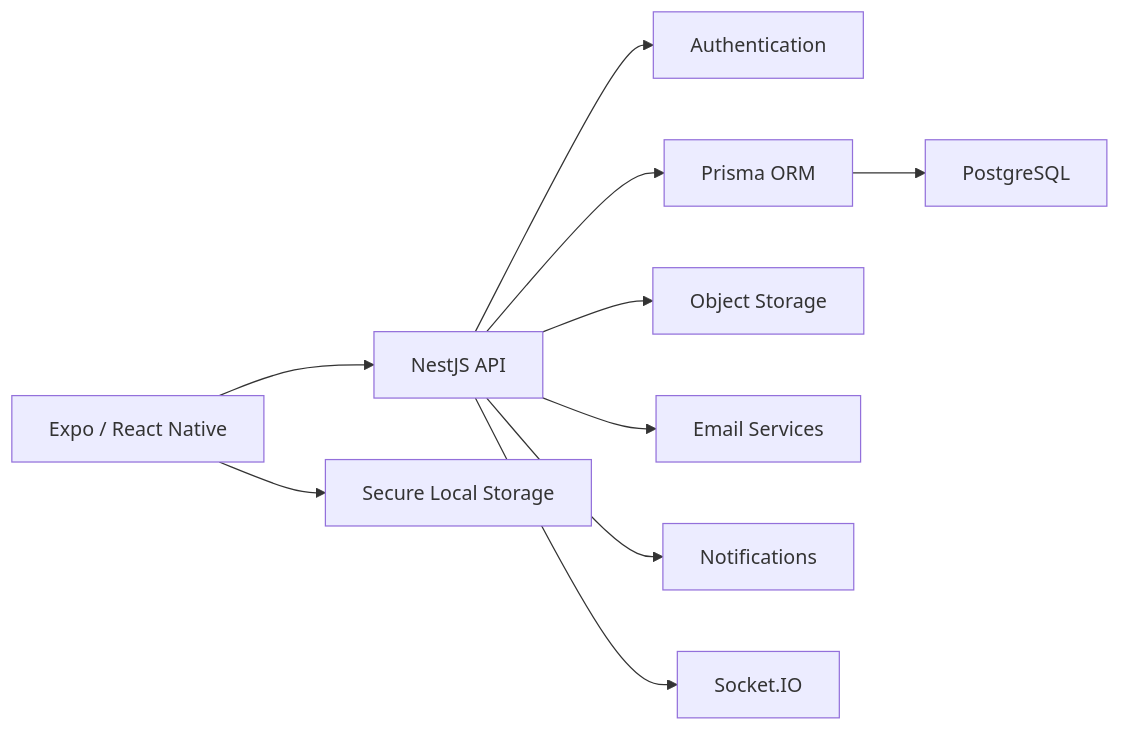
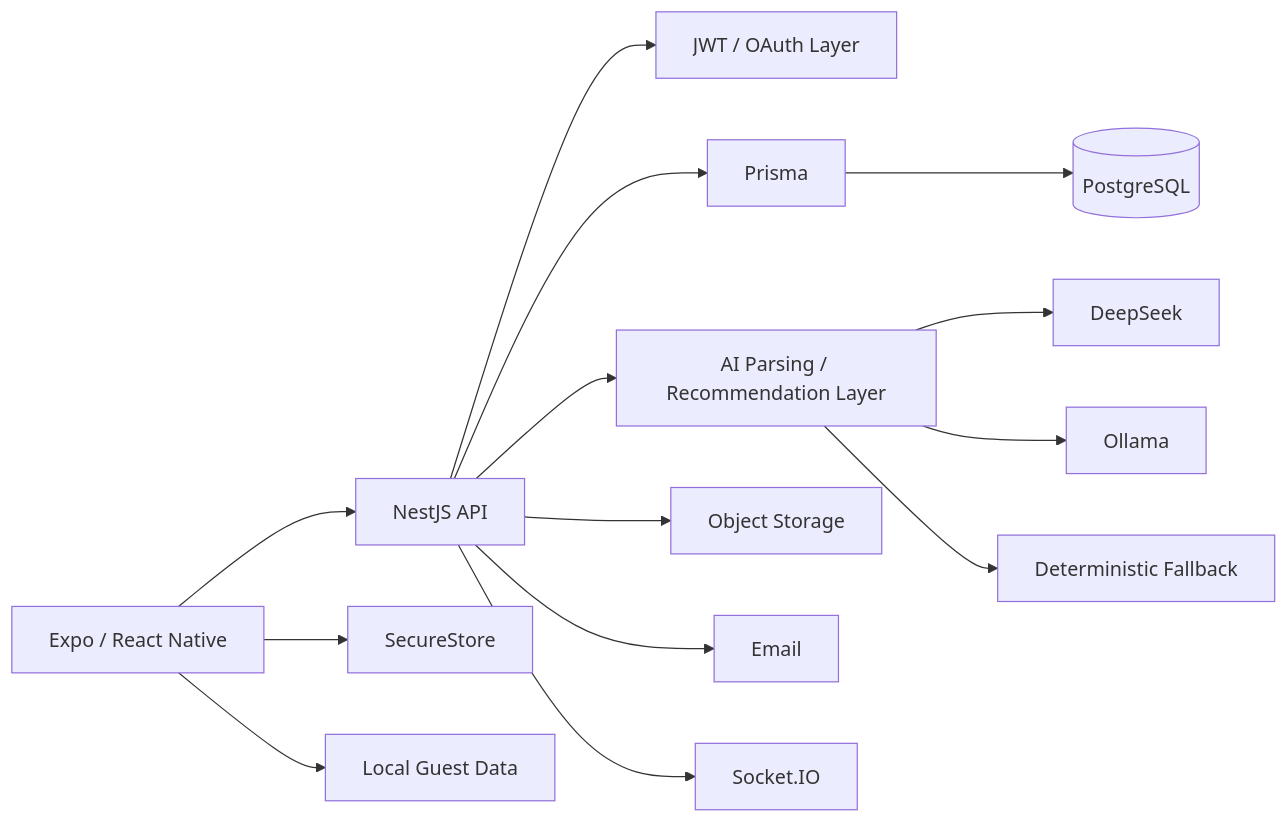
The diagram in README.md (KevinT31/Goaly), drawn with Mermaid before and after one commit. The commit also changed other lines of this file, not shown here.

Commit message:
docs: upgrade showcase with product and fallback architecture

````diff
--- a/README.md
+++ b/README.md
@@ -33,15 +43,20 @@
 ```mermaid
 flowchart LR
     Mobile[Expo / React Native] --> API[NestJS API]
 
-    API --> Auth[Authentication]
-    API --> Prisma[Prisma ORM]
-    Prisma --> DB[PostgreSQL]
+    API --> Auth[JWT / OAuth Layer]
+    API --> ORM[Prisma]
+    ORM --> DB[(PostgreSQL)]
+
+    API --> AI[AI Parsing / Recommendation Layer]
+    AI --> DeepSeek[DeepSeek]
+    AI --> Ollama[Ollama]
+    AI --> Heuristic[Deterministic Fallback]
 
     API --> Storage[Object Storage]
-    API --> Email[Email Services]
-    API --> Notifications[Notifications]
+    API --> Email[Email]
     API --> Realtime[Socket.IO]
 
-    Mobile --> Secure[Secure Local Storage]
+    Mobile --> Secure[SecureStore]
+    Mobile --> Local[Local Guest Data]
 ```
````
